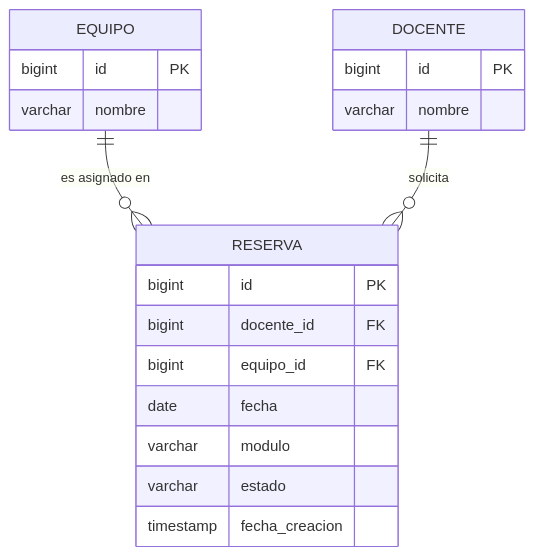
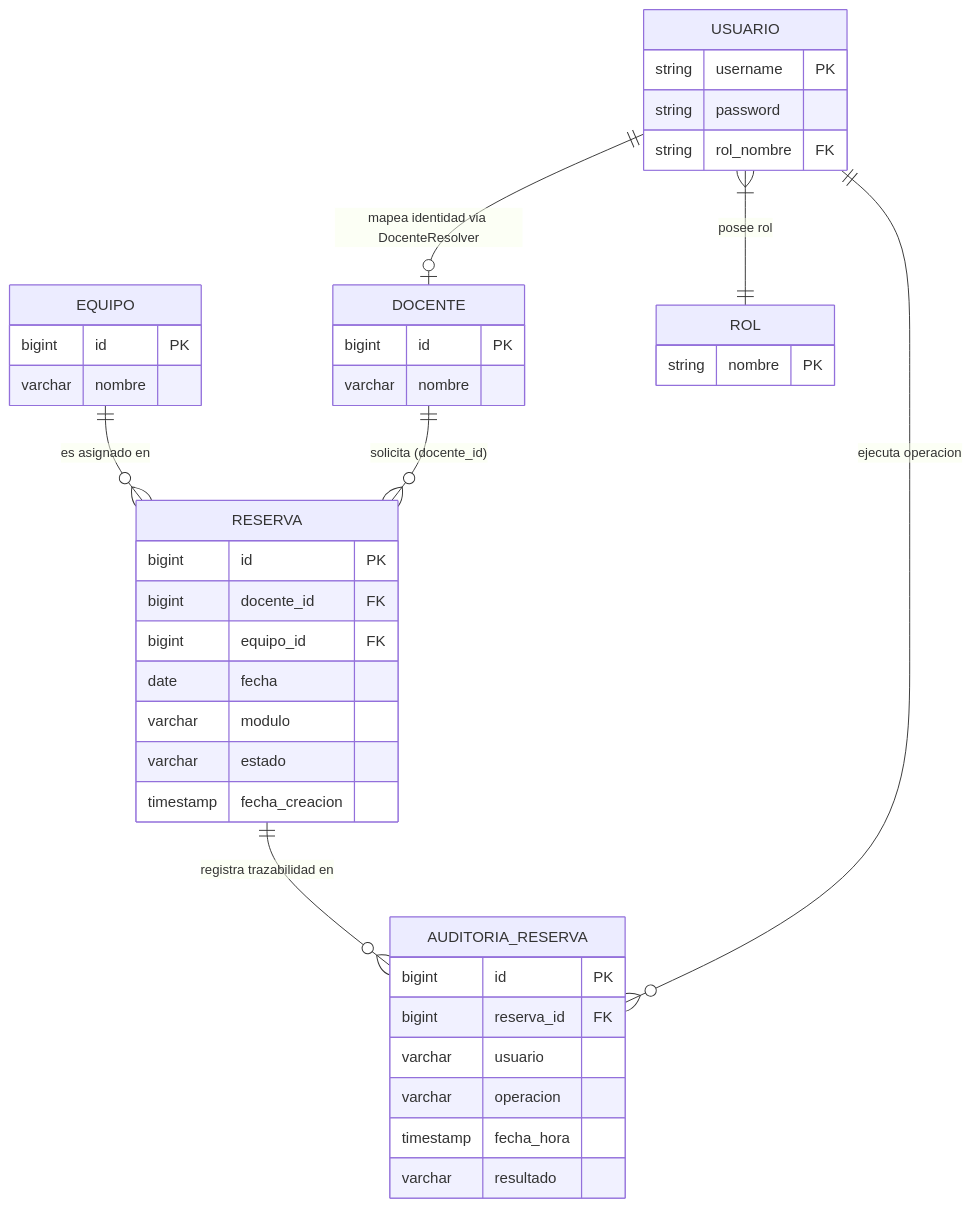
One commit to joaquinBrassinne/Biblioteca-horizonte changed the second of 3 diagrams in docs/ARCHITECTURE.md. Above: the diagram before and after it, drawn with Mermaid. The commit also changed other lines of this file and 2 other files, not shown here.

Commit message:
doc:agrego documentacion faltante en api.md y en architecture.md; hago correciones minimas en estos dos tambien

````diff
--- a/docs/ARCHITECTURE.md
+++ b/docs/ARCHITECTURE.md
@@ -371,25 +440,48 @@
 ```mermaid
 erDiagram
     EQUIPO ||--o{ RESERVA : "es asignado en"
-    DOCENTE ||--o{ RESERVA : "solicita"
+    DOCENTE ||--o{ RESERVA : "solicita (docente_id)"
+    RESERVA ||--o{ AUDITORIA_RESERVA : "registra trazabilidad en"
+    USUARIO }|--|| ROL : "posee rol"
+    USUARIO ||--o| DOCENTE : "mapea identidad via DocenteResolver"
+    USUARIO ||--o{ AUDITORIA_RESERVA : "ejecuta operacion"
 
     EQUIPO {
         bigint id PK
         varchar nombre
     }
 
     DOCENTE {
         bigint id PK
         varchar nombre
     }
 
     RESERVA {
         bigint id PK
         bigint docente_id FK
         bigint equipo_id FK
         date fecha
         varchar modulo
         varchar estado
         timestamp fecha_creacion
     }
+
+    AUDITORIA_RESERVA {
+        bigint id PK
+        bigint reserva_id FK
+        varchar usuario
+        varchar operacion
+        timestamp fecha_hora
+        varchar resultado
+    }
+
+    USUARIO {
+        string username PK
+        string password
+        string rol_nombre FK
+    }
+
+    ROL {
+        string nombre PK
+    }
 ```
````
